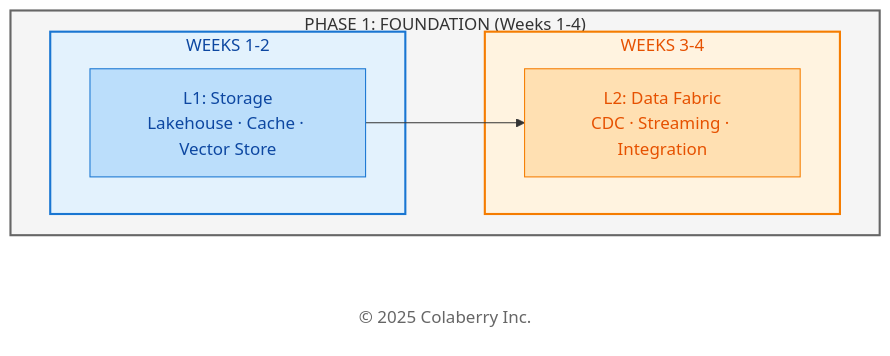
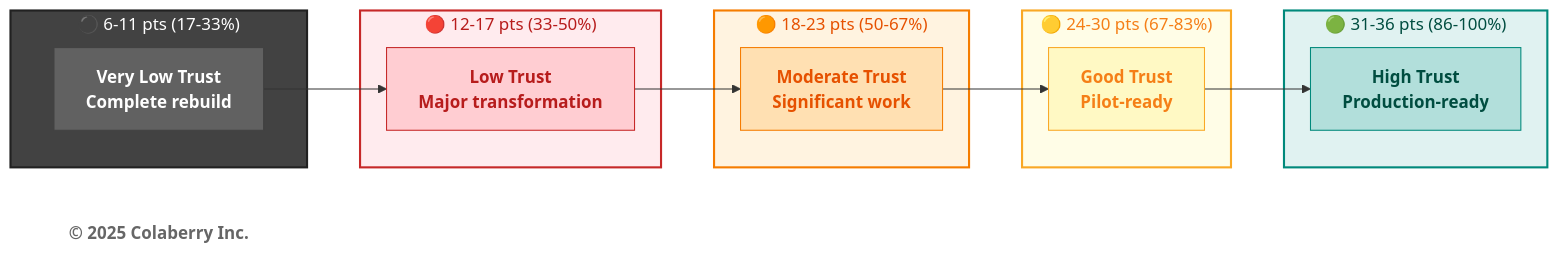
Before and after one commit to saitejesh-cyber/trust-before-intelligence-book: the third of 6 diagrams in manuscript/11_chapter_10_week_by_week_implementation.md, drawn with Mermaid. The commit also changed other lines of this file and 2 other files, not shown here.

````diff
--- a/manuscript/11_chapter_10_week_by_week_implementation.md
+++ b/manuscript/11_chapter_10_week_by_week_implementation.md
@@ -188,26 +190,38 @@
 ```mermaid
-
 graph LR
-    subgraph PHASE1["PHASE 1: FOUNDATION (Weeks 1-4)"]
-        direction LR
-        subgraph WEEK12["WEEKS 1-2"]
-            L1["L1: Storage<br/>Lakehouse · Cache · Vector Store"]
-        end
-        
-        subgraph WEEK34["WEEKS 3-4"]
-            L2["L2: Data Fabric<br/>CDC · Streaming · Integration"]
-        end
+    subgraph VERYLOW["⚫ 6-11 pts (17-33%)"]
+        VL["<b>Very Low Trust</b><br/><b>Complete rebuild</b>"]
     end
     
-    Copyright["© 2025 Colaberry Inc."]
+    subgraph LOW["🔴 12-17 pts (33-50%)"]
+        L["<b>Low Trust</b><br/><b>Major transformation</b>"]
+    end
     
-    L1 --> L2
+    subgraph MOD["🟠 18-23 pts (50-67%)"]
+        M["<b>Moderate Trust</b><br/><b>Significant work</b>"]
+    end
     
-    style PHASE1 fill:#f5f5f5,stroke:#666666,stroke-width:2px,color:#333333
-    style WEEK12 fill:#e3f2fd,stroke:#1976d2,stroke-width:2px,color:#0d47a1
-    style WEEK34 fill:#fff3e0,stroke:#f57c00,stroke-width:2px,color:#e65100
-    style L1 fill:#bbdefb,stroke:#1976d2,color:#0d47a1
-    style L2 fill:#ffe0b2,stroke:#f57c00,color:#e65100
+    subgraph GOOD["🟡 24-30 pts (67-83%)"]
+        G["<b>Good Trust</b><br/><b>Pilot-ready</b>"]
+    end
+    
+    subgraph HIGH["🟢 31-36 pts (86-100%)"]
+        H["<b>High Trust</b><br/><b>Production-ready</b>"]
+    end
+    
+    VL --> L --> M --> G --> H
+    
+    Copyright["<b>© 2025 Colaberry Inc.</b>"]
+    
+    style VERYLOW fill:#424242,stroke:#212121,stroke-width:2px,color:#ffffff
+    style LOW fill:#ffebee,stroke:#c62828,stroke-width:2px,color:#b71c1c
+    style MOD fill:#fff3e0,stroke:#f57c00,stroke-width:2px,color:#e65100
+    style GOOD fill:#fffde7,stroke:#f9a825,stroke-width:2px,color:#f57f17
+    style HIGH fill:#e0f2f1,stroke:#00897b,stroke-width:2px,color:#004d40
+    style VL fill:#616161,stroke:#424242,color:#ffffff
+    style L fill:#ffcdd2,stroke:#c62828,color:#b71c1c
+    style M fill:#ffe0b2,stroke:#f57c00,color:#e65100
+    style G fill:#fff9c4,stroke:#f9a825,color:#f57f17
+    style H fill:#b2dfdb,stroke:#00897b,color:#004d40
     style Copyright fill:#ffffff,stroke:none,color:#666666
-
 ```
````
